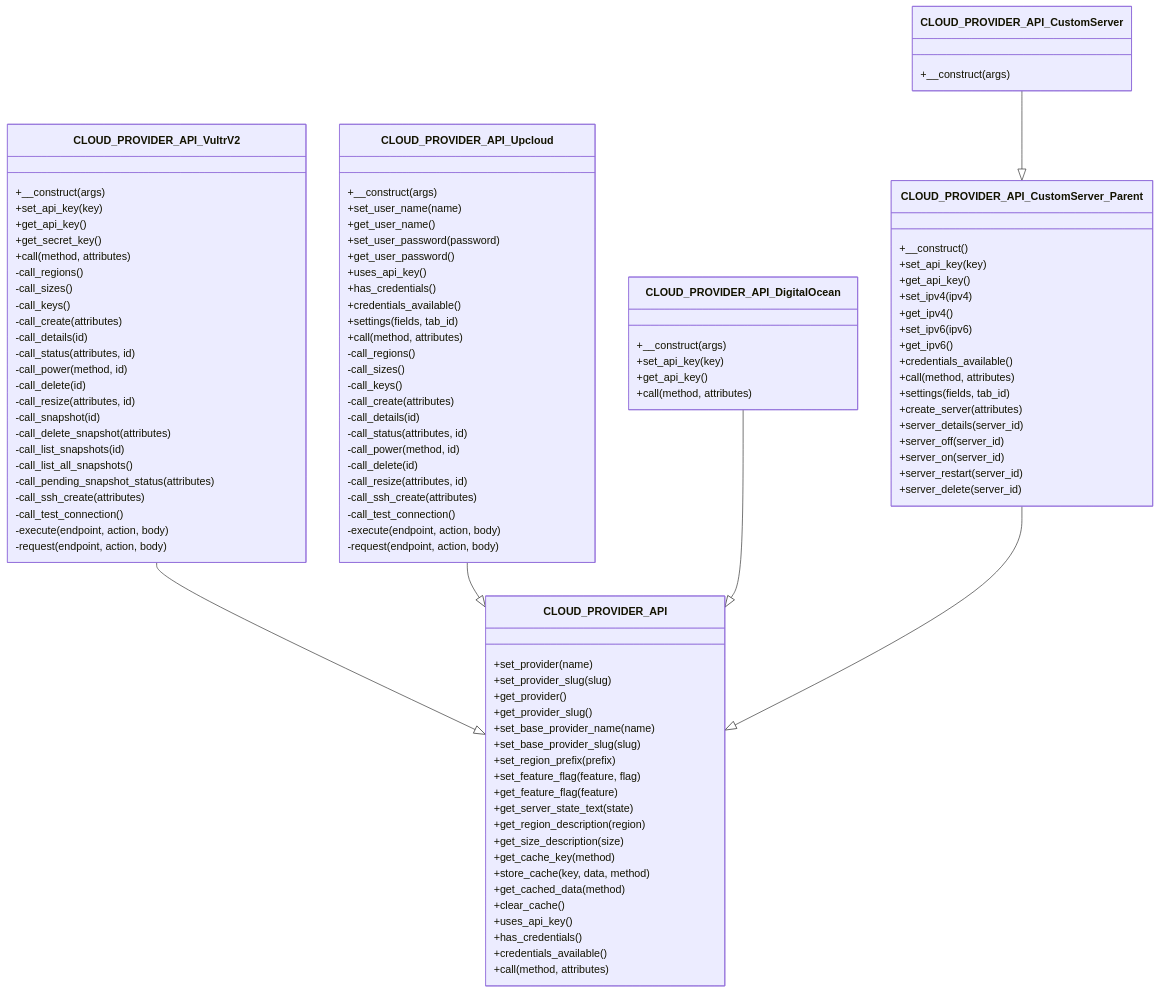
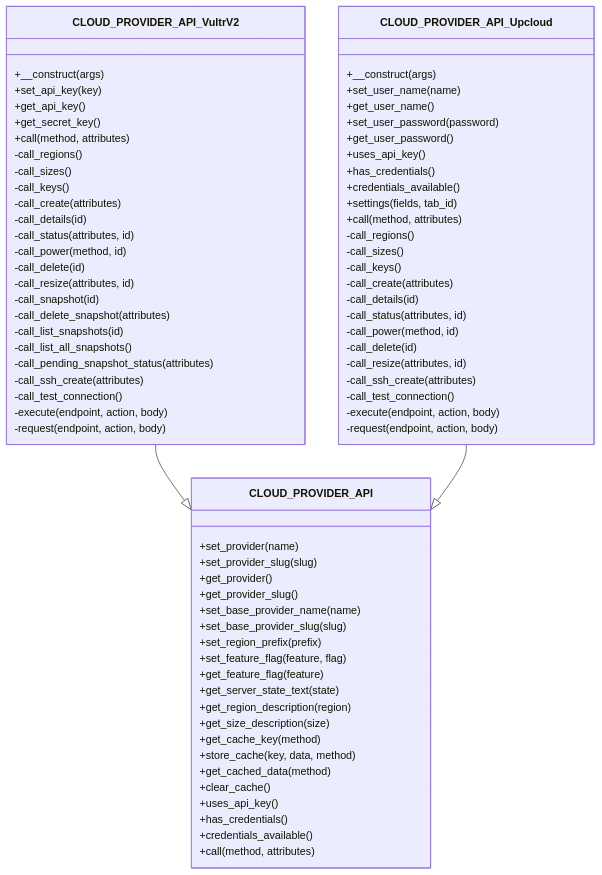
The second of 7 diagrams in .qoder/repowiki/en/content/Cloud Provider Integration/Cloud Provider Integration.md (onedogsolutions/simple-stack), drawn with Mermaid before and after one commit. The commit also changed other lines of this file and 5941 other files, not shown here.

````diff
--- a/.qoder/repowiki/en/content/Cloud Provider Integration/Cloud Provider Integration.md
+++ b/.qoder/repowiki/en/content/Cloud Provider Integration/Cloud Provider Integration.md
@@ -174,36 +161,6 @@
 -execute(endpoint, action, body)
 -request(endpoint, action, body)
 }
-class CLOUD_PROVIDER_API_DigitalOcean {
-+__construct(args)
-+set_api_key(key)
-+get_api_key()
-+call(method, attributes)
-}
-class CLOUD_PROVIDER_API_CustomServer_Parent {
-+__construct()
-+set_api_key(key)
-+get_api_key()
-+set_ipv4(ipv4)
-+get_ipv4()
-+set_ipv6(ipv6)
-+get_ipv6()
-+credentials_available()
-+call(method, attributes)
-+settings(fields, tab_id)
-+create_server(attributes)
-+server_details(server_id)
-+server_off(server_id)
-+server_on(server_id)
-+server_restart(server_id)
-+server_delete(server_id)
-}
-class CLOUD_PROVIDER_API_CustomServer {
-+__construct(args)
-}
 CLOUD_PROVIDER_API_VultrV2 --|> CLOUD_PROVIDER_API
 CLOUD_PROVIDER_API_Upcloud --|> CLOUD_PROVIDER_API
-CLOUD_PROVIDER_API_DigitalOcean --|> CLOUD_PROVIDER_API
-CLOUD_PROVIDER_API_CustomServer_Parent --|> CLOUD_PROVIDER_API
-CLOUD_PROVIDER_API_CustomServer --|> CLOUD_PROVIDER_API_CustomServer_Parent
 ```
````
